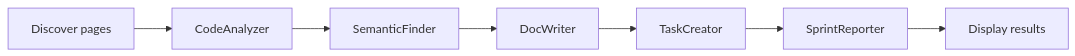
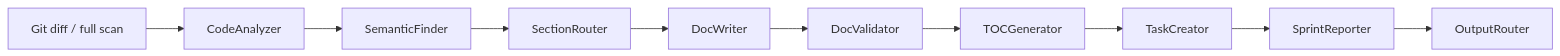
Before and after one commit to sarupurisailalith/codebase-cortex: the second of 3 diagrams in docs/cli-reference.md, drawn with Mermaid. The commit also changed other lines of this file and 8 other files, not shown here.

````diff
--- a/docs/cli-reference.md
+++ b/docs/cli-reference.md
@@ -105,9 +167,12 @@
 ```mermaid
 graph LR
-    A[Discover pages] --> B[CodeAnalyzer]
+    A[Git diff / full scan] --> B[CodeAnalyzer]
     B --> C[SemanticFinder]
-    C --> D[DocWriter]
-    D --> E[TaskCreator]
-    E --> F[SprintReporter]
-    F --> G[Display results]
+    C --> D[SectionRouter]
+    D --> E[DocWriter]
+    E --> F[DocValidator]
+    F --> G[TOCGenerator]
+    G --> H[TaskCreator]
+    H --> I[SprintReporter]
+    I --> J[OutputRouter]
 ```
````
